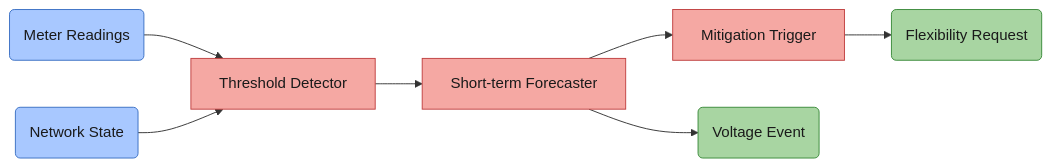
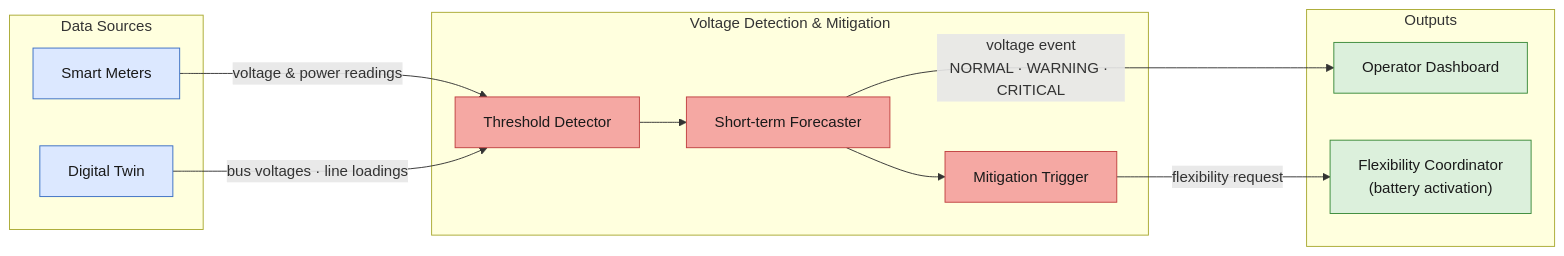
Before and after one commit to rafaeldpsilva/sa4cps-vault: the first of 8 diagrams in Sa4CPS/UC4_Enabler_Diagrams.md, drawn with Mermaid. The commit also changed other lines of this file, not shown here.

````diff
--- a/Sa4CPS/UC4_Enabler_Diagrams.md
+++ b/Sa4CPS/UC4_Enabler_Diagrams.md
@@ -11,28 +11,33 @@
 ```mermaid
 flowchart LR
 
-    classDef input   fill:#a8c8ff,stroke:#3a6fc4,color:#1a1a1a
-    classDef proc    fill:#f5a8a3,stroke:#c04040,color:#1a1a1a
-    classDef output  fill:#a8d5a2,stroke:#3a8a3a,color:#1a1a1a
+    classDef src   fill:#dce8ff,stroke:#3a6fc4,color:#1a1a1a
+    classDef proc  fill:#f5a8a3,stroke:#c04040,color:#1a1a1a
+    classDef dst   fill:#dcf0dc,stroke:#3a8a3a,color:#1a1a1a
 
-    MI("Meter Readings")
-    NS("Network State")
+    subgraph SRC["Data Sources"]
+        HH["Smart Meters"]
+        DT["Digital Twin"]
+    end
 
-    TD["Threshold Detector"]
-    STF["Short-term Forecaster"]
-    MT["Mitigation Trigger"]
+    subgraph EN["Voltage Detection & Mitigation"]
+        TD["Threshold Detector"]
+        STF["Short-term Forecaster"]
+        MT["Mitigation Trigger"]
+        TD --> STF --> MT
+    end
 
-    VE("Voltage Event")
-    FR("Flexibility Request")
+    subgraph DST["Outputs"]
+        DASH["Operator Dashboard"]
+        FC["Flexibility Coordinator\n(battery activation)"]
+    end
 
-    MI --> TD
-    NS --> TD
-    TD --> STF
-    STF --> VE
-    STF --> MT
-    MT --> FR
+    HH  -->|voltage & power readings| TD
+    DT  -->|bus voltages · line loadings| TD
+    STF -->|voltage event\nNORMAL · WARNING · CRITICAL| DASH
+    MT  -->|flexibility request| FC
 
-    class MI,NS input
+    class HH,DT src
     class TD,STF,MT proc
-    class VE,FR output
+    class DASH,FC dst
 ```
````
